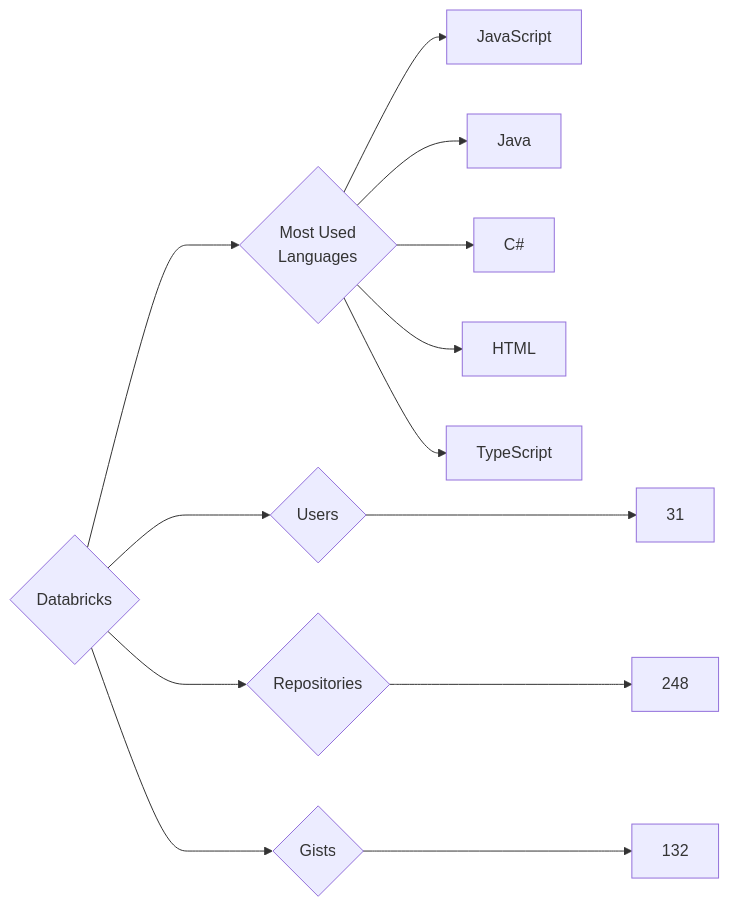
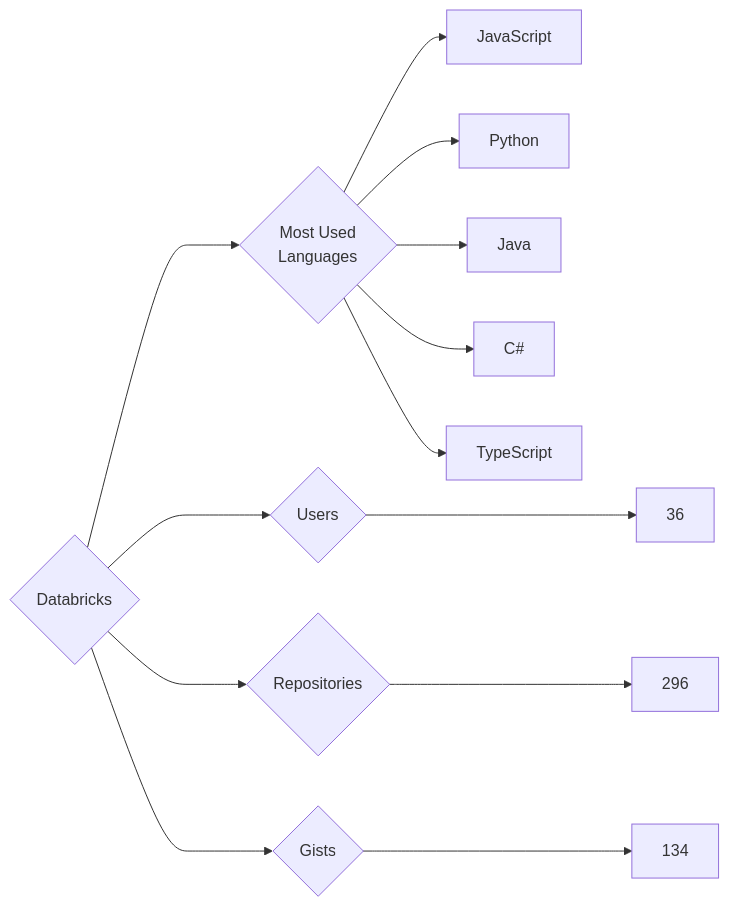
The diagram in targets/Databricks/README.md (trickest/insiders), drawn with Mermaid before and after one commit. The commit also changed 633 other files, not shown here.

````diff
--- a/targets/Databricks/README.md
+++ b/targets/Databricks/README.md
@@ -3,13 +3,13 @@
 ```mermaid
 graph LR
 COMPANY_NAME{Databricks}
-COMPANY_NAME ---> U{Users} ---> UN[31]
-COMPANY_NAME ---> R{Repositories} ---> RN[248]
-COMPANY_NAME ---> G{Gists} ---> GN[132]
+COMPANY_NAME ---> U{Users} ---> UN[36]
+COMPANY_NAME ---> R{Repositories} ---> RN[296]
+COMPANY_NAME ---> G{Gists} ---> GN[134]
 COMPANY_NAME ---> ML{Most Used<br>Languages}
 ML --> JavaScript[JavaScript]
+ML --> Python[Python]
 ML --> Java[Java]
 ML --> C#[C#]
-ML --> HTML[HTML]
 ML --> TypeScript[TypeScript]
 ```
````
